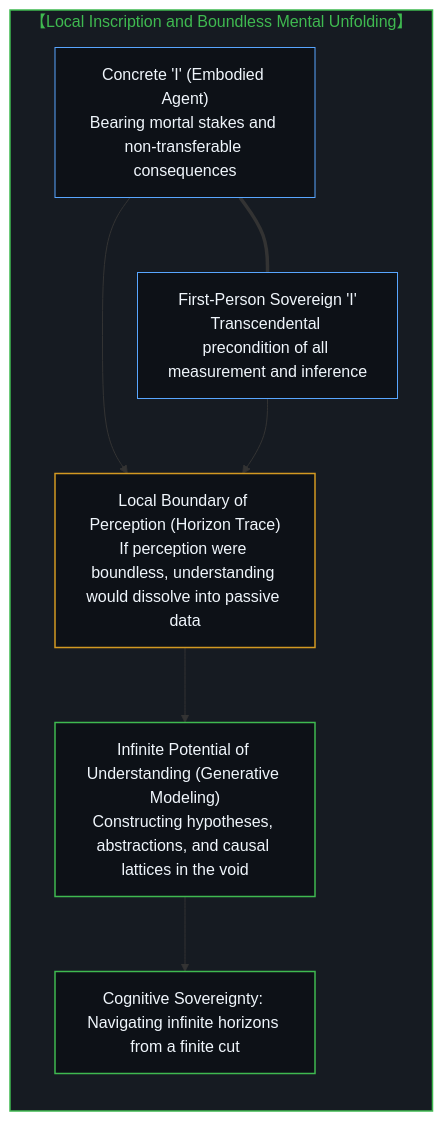
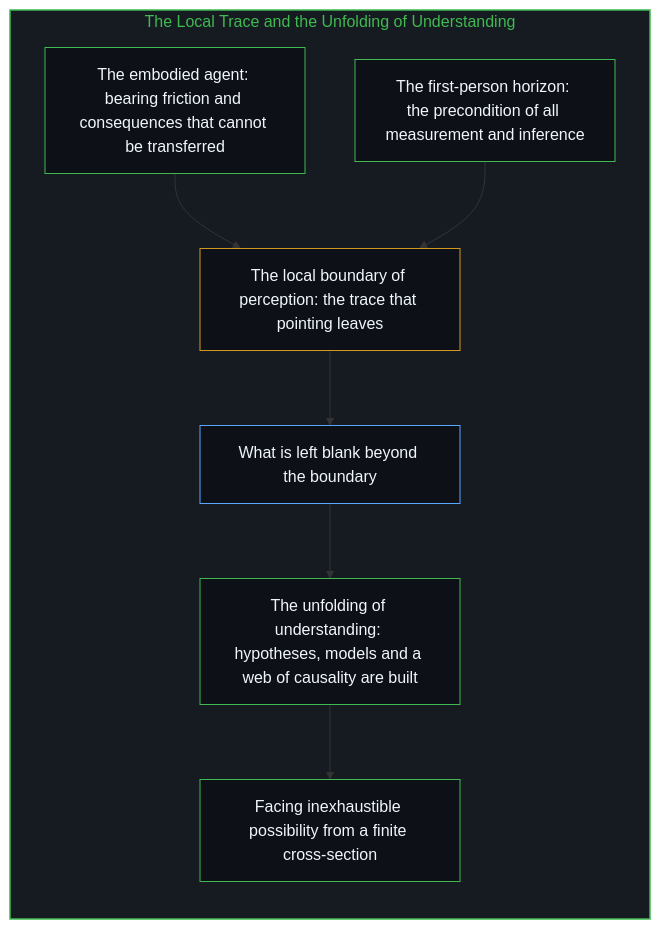
Before and after one commit to powerpig99/not-a-toe: the eighth of 8 diagrams in content/posts/the-boundary-of-perception-and-the-infinity-of-understanding.md, drawn with Mermaid. The commit also changed other lines of this file and 2 other files, not shown here.

Commit message:
Refine the-boundary-of-perception-and-the-infinity-of-understanding: every paragraph in both languages, four paired diagrams, the boundary as the trace of pointing, implicit first person

````diff
--- a/content/posts/the-boundary-of-perception-and-the-infinity-of-understanding.md
+++ b/content/posts/the-boundary-of-perception-and-the-infinity-of-understanding.md
@@ -179,17 +243,25 @@
 ```mermaid
-graph TD
-    subgraph S_FirstPersonSynthesis_EN ["【Local Inscription and Boundless Mental Unfolding】"]
+flowchart TD
+    subgraph S_Unfold["The Local Trace and the Unfolding of Understanding"]
         direction TB
-        ME1["Concrete 'I' (Embodied Agent)<br/>Bearing mortal stakes and non-transferable consequences"] === ME2["First-Person Sovereign 'I'<br/>Transcendental precondition of all measurement and inference"]
-        ME1 & ME2 --> ME3["Local Boundary of Perception (Horizon Trace)<br/>If perception were boundless, understanding would dissolve into passive data"]
-        ME3 --> ME4["Infinite Potential of Understanding (Generative Modeling)<br/>Constructing hypotheses, abstractions, and causal lattices in the void"]
-        ME4 --> ME5["Cognitive Sovereignty: Navigating infinite horizons from a finite cut"]
+        Agent["The embodied agent: bearing friction and consequences that cannot be transferred"]
+        Horizon["The first-person horizon: the precondition of all measurement and inference"]
+        Bound["The local boundary of perception: the trace that pointing leaves"]
+        Blank["What is left blank beyond the boundary"]
+        Unfold["The unfolding of understanding: hypotheses, models and a web of causality are built"]
+        Open["Facing inexhaustible possibility from a finite cross-section"]
+        Agent --> Bound
+        Horizon --> Bound
+        Bound --> Blank
+        Blank --> Unfold
+        Unfold --> Open
     end
 
-    style S_FirstPersonSynthesis_EN fill:#161b22,stroke:#3fb950,stroke-width:1.5px,color:#3fb950
-    style ME1 fill:#0d1117,stroke:#58a6ff,stroke-width:1px,color:#f0f6fc
-    style ME2 fill:#0d1117,stroke:#58a6ff,stroke-width:1px,color:#f0f6fc
-    style ME3 fill:#0d1117,stroke:#d29922,stroke-width:1.5px,color:#f0f6fc
-    style ME4 fill:#0d1117,stroke:#3fb950,stroke-width:1.5px,color:#f0f6fc
-    style ME5 fill:#0d1117,stroke:#3fb950,stroke-width:1.5px,color:#f0f6fc
+    style S_Unfold fill:#161b22,stroke:#3fb950,stroke-width:1.5px,color:#3fb950
+    style Agent fill:#0d1117,stroke:#3fb950,stroke-width:1px,color:#f0f6fc
+    style Horizon fill:#0d1117,stroke:#3fb950,stroke-width:1px,color:#f0f6fc
+    style Bound fill:#0d1117,stroke:#d29922,stroke-width:1px,color:#f0f6fc
+    style Blank fill:#0d1117,stroke:#58a6ff,stroke-width:1px,color:#f0f6fc
+    style Unfold fill:#0d1117,stroke:#3fb950,stroke-width:1px,color:#f0f6fc
+    style Open fill:#0d1117,stroke:#3fb950,stroke-width:1px,color:#f0f6fc
 ```
````
